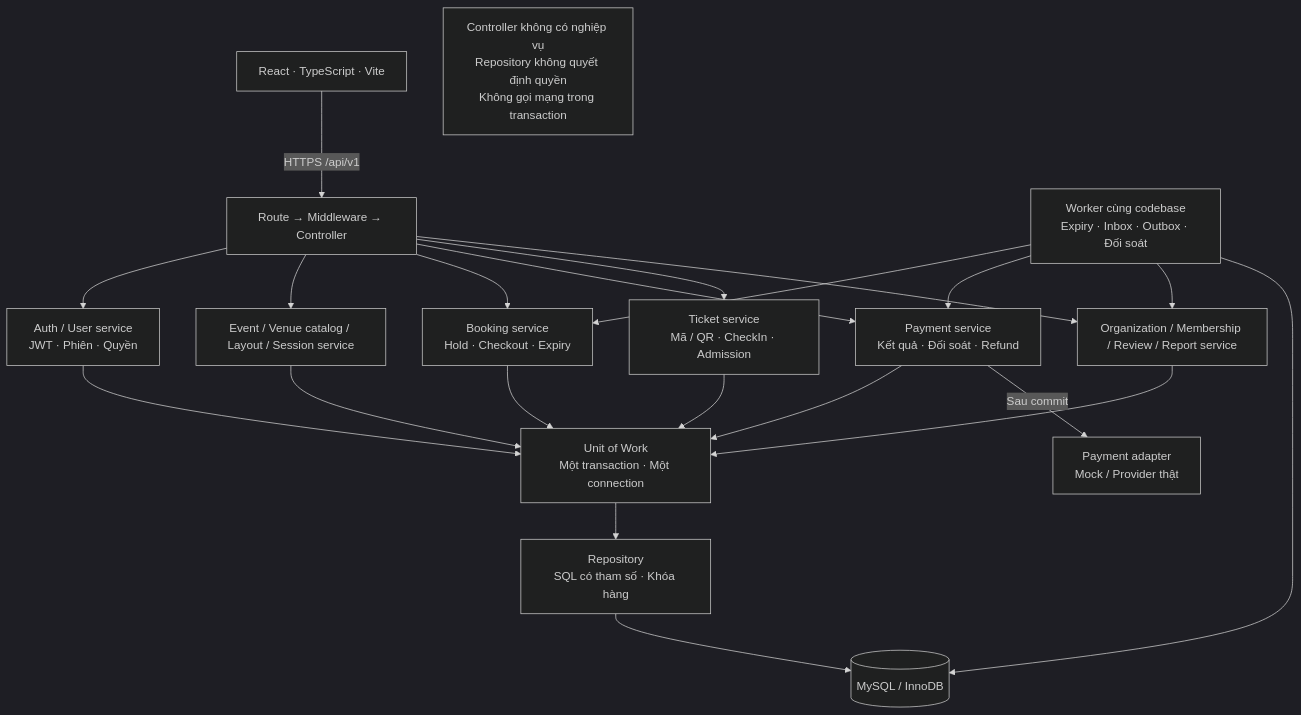
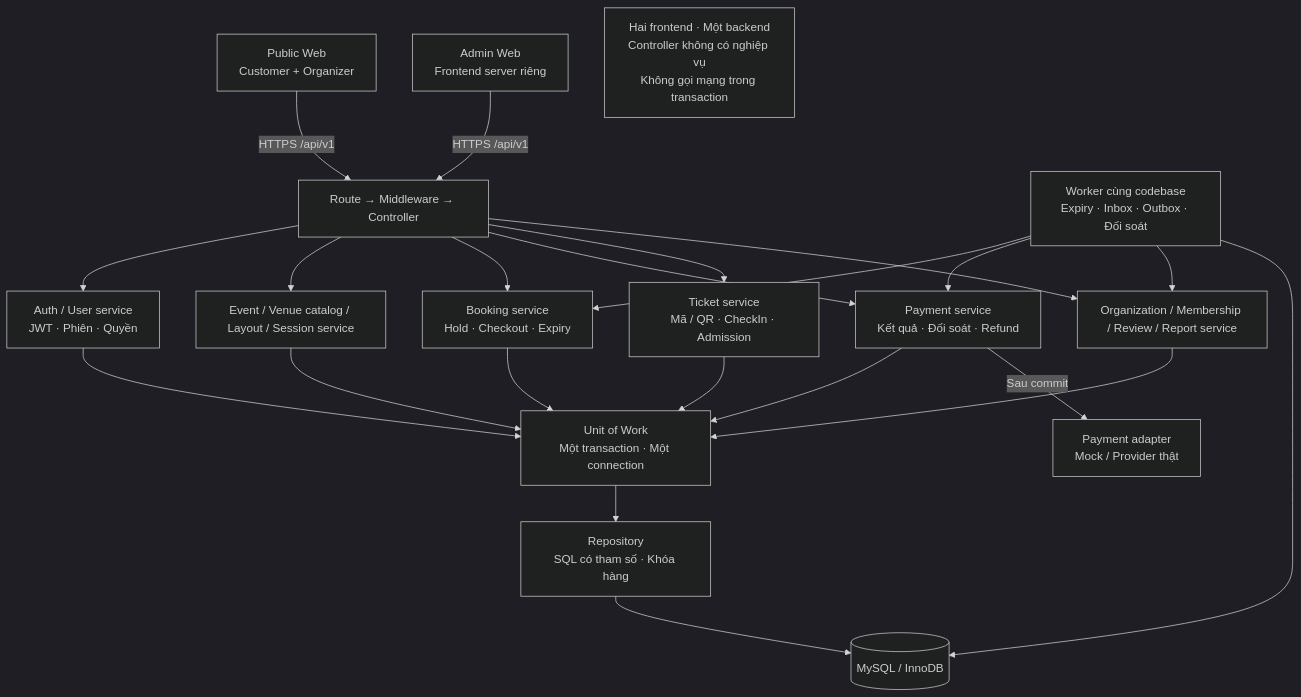
Before and after one commit to TienTrn05/Event_booking_ticket: the diagram in Docs/diagrams/02-backend-components.mmd, drawn with Mermaid (dark theme). The commit also changed 18 other files, not shown here.

```diff
--- a/Docs/diagrams/02-backend-components.mmd
+++ b/Docs/diagrams/02-backend-components.mmd
@@ -1,22 +1,23 @@
 flowchart TB
-    UI["React · TypeScript · Vite"] -->|"HTTPS /api/v1"| ROUTE["Route → Middleware → Controller"]
+    PUBLIC["Public Web<br/>Customer + Organizer"] -->|"HTTPS /api/v1"| ROUTE["Route → Middleware → Controller"]
+    ADMIN["Admin Web<br/>Frontend server riêng"] -->|"HTTPS /api/v1"| ROUTE
     ROUTE --> AUTH["Auth / User service<br/>JWT · Phiên · Quyền"]
     ROUTE --> EVENT["Event / Venue catalog / Layout / Session service"]
     ROUTE --> BOOK["Booking service<br/>Hold · Checkout · Expiry"]
     ROUTE --> PAY["Payment service<br/>Kết quả · Đối soát · Refund"]
     ROUTE --> TICKET["Ticket service<br/>Mã / QR · CheckIn · Admission"]
     BOOK --> UOW["Unit of Work<br/>Một transaction · Một connection"]
     PAY --> UOW
     TICKET --> UOW
     EVENT --> UOW
     AUTH --> UOW
     ROUTE --> ORG["Organization / Membership / Review / Report service"]
     ORG --> UOW
     UOW --> REPO["Repository<br/>SQL có tham số · Khóa hàng"]
     REPO --> DB[("MySQL / InnoDB")]
     PAY -->|"Sau commit"| ADAPTER["Payment adapter<br/>Mock / Provider thật"]
     WORKER["Worker cùng codebase<br/>Expiry · Inbox · Outbox · Đối soát"] --> BOOK
     WORKER --> PAY
     WORKER --> ORG
     WORKER --> DB
-    NOTE["Controller không có nghiệp vụ<br/>Repository không quyết định quyền<br/>Không gọi mạng trong transaction"]
+    NOTE["Hai frontend · Một backend<br/>Controller không có nghiệp vụ<br/>Không gọi mạng trong transaction"]
```
